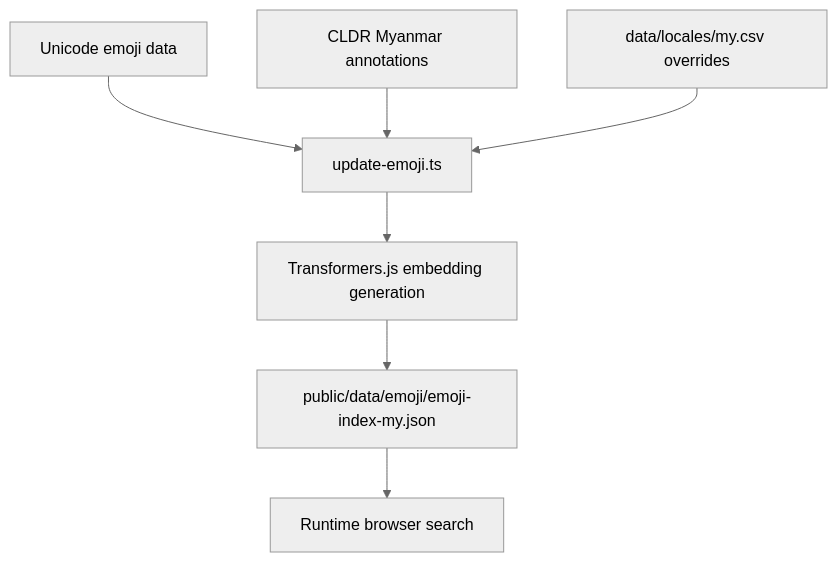
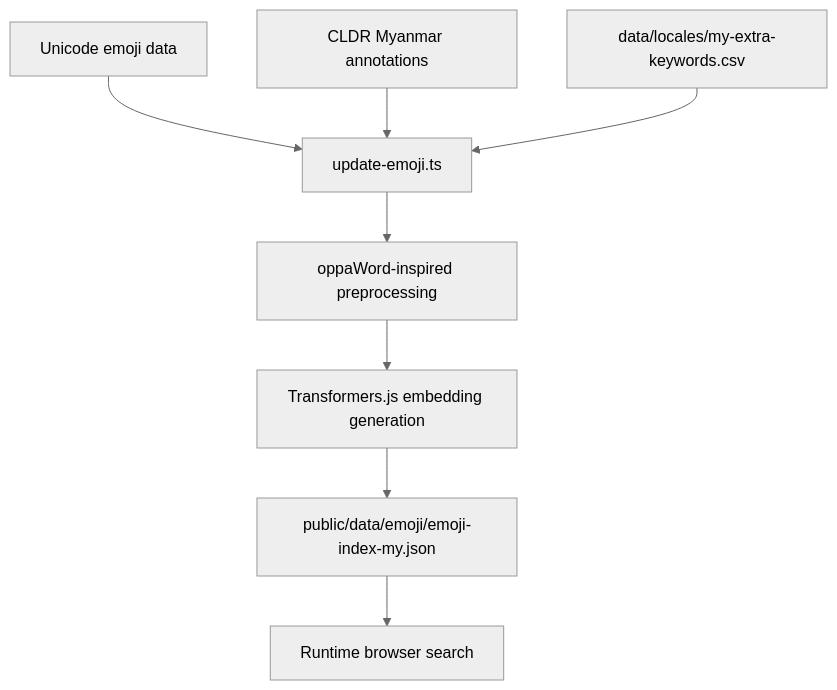
One commit to heinko/my-emoji-search changed the second of 2 diagrams in README.md. Above: the diagram before and after it, drawn with Mermaid (neutral theme). The commit also changed other lines of this file and 18 other files, not shown here.

````diff
--- a/README.md
+++ b/README.md
@@ -42,9 +42,10 @@
 ```mermaid
 flowchart TD
     U["Unicode emoji data"] --> B["update-emoji.ts"]
     C["CLDR Myanmar annotations"] --> B
-    O["data/locales/my.csv overrides"] --> B
-    B --> E["Transformers.js embedding generation"]
+    O["data/locales/my-extra-keywords.csv"] --> B
+    B --> O2["oppaWord-inspired preprocessing"]
+    O2 --> E["Transformers.js embedding generation"]
     E --> J["public/data/emoji/emoji-index-my.json"]
     J --> R["Runtime browser search"]
 ```
````
